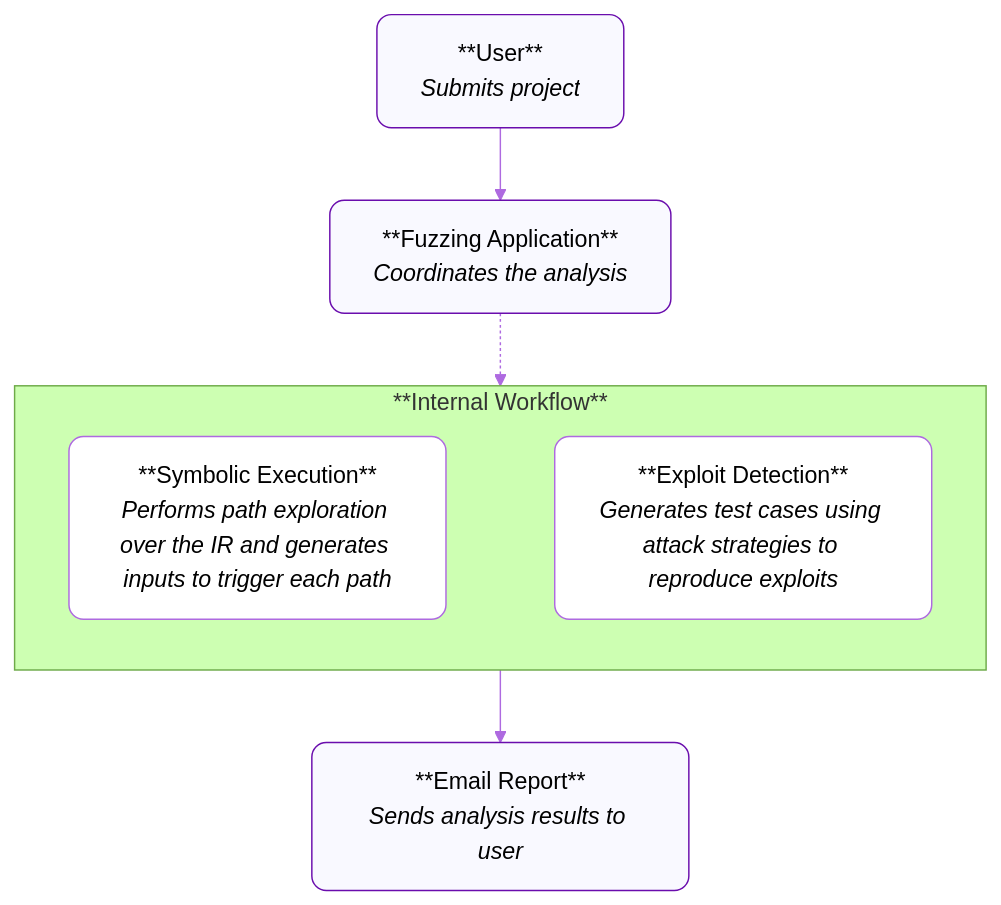
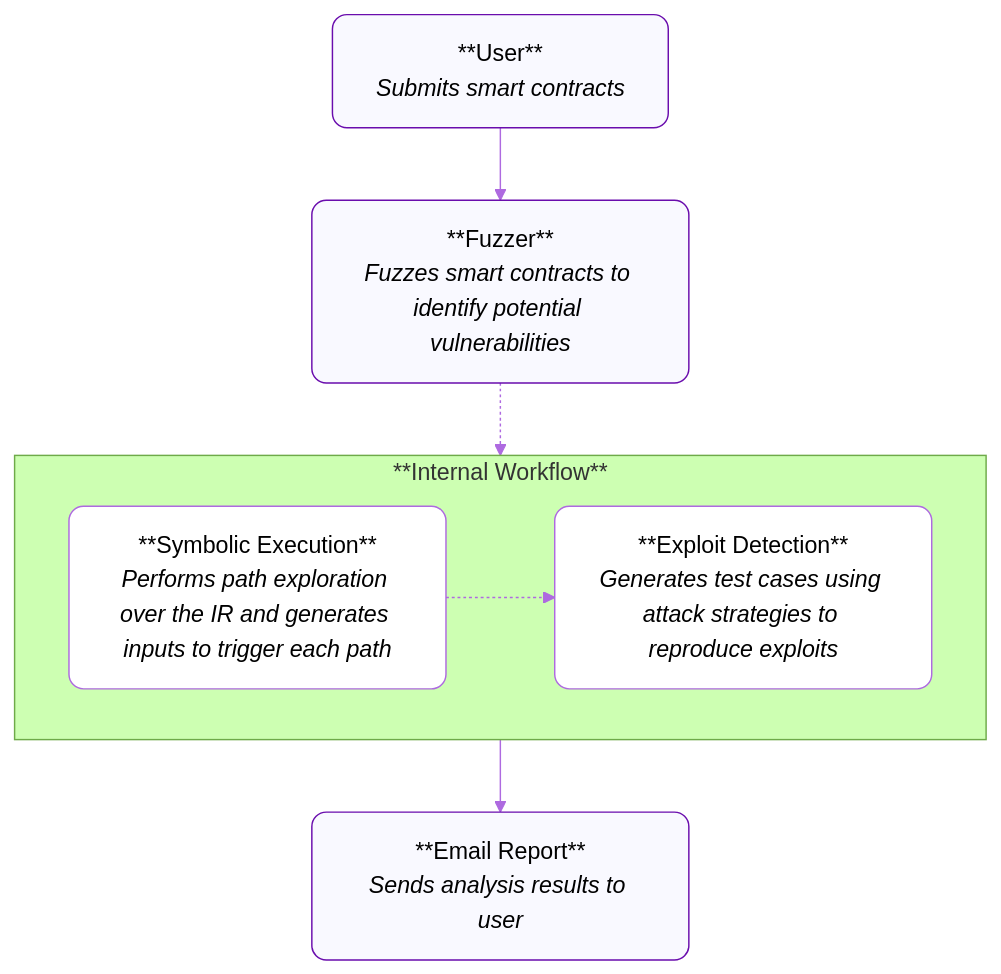
One commit to olympix/olympix.github.io changed the first of 3 diagrams in docs/CLI/Fuzz Testing.md. Above: the diagram before and after it, drawn with Mermaid (forest theme).

Commit message:
#1082 Improving fuzzing descriptions

````diff
--- a/docs/CLI/Fuzz Testing.md
+++ b/docs/CLI/Fuzz Testing.md
@@ -28,26 +28,23 @@
 ```mermaid
 flowchart TD
     %% Styles
     classDef node fill:#f9f9ff,stroke:#6a0dad,stroke-width:1px,rx:10,ry:10,color:#000;
     classDef internal fill:#ffffff,stroke:#ae6ae0,stroke-width:1px,rx:10,ry:10,color:#000;
     linkStyle default stroke:#ae6ae0,stroke-width:1px;
 
     %% Nodes
-    A[**User**<br/><i>Submits project</i>]:::node --> 
-    B[**Fuzzing Application**<br/><i>Coordinates the analysis</i>]:::node -.-> Internal
+    A[**User**<br/><i>Submits smart contracts</i>]:::node --> 
+    B[**Fuzzer**<br/><i>Fuzzes smart contracts to identify potential vulnerabilities</i>]:::node -.-> Internal
 
     subgraph Internal["**Internal Workflow**"]
         direction LR
-        C[**Symbolic Execution**<br/><i>Performs path exploration over the IR and generates inputs to trigger each path</i>]:::internal ---
+        C[**Symbolic Execution**<br/><i>Performs path exploration over the IR and generates inputs to trigger each path</i>]:::internal -.->
         D[**Exploit Detection**<br/><i>Generates test cases using attack strategies to reproduce exploits</i>]:::internal
     end
 
     Internal --> E[**Email Report**<br/><i>Sends analysis results to user</i>]:::node
 
     %% Assign classes
     class A,B,E node
     class C,D internal
-
-    %% Hide the internal dotted link
-    linkStyle 2 stroke-width:0px,fill:none;
 ```
````
